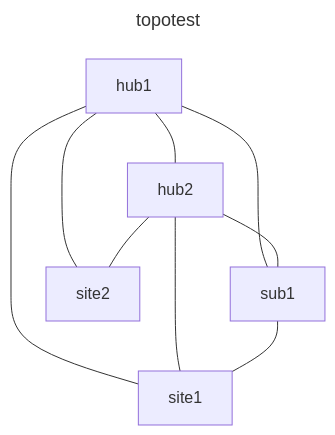
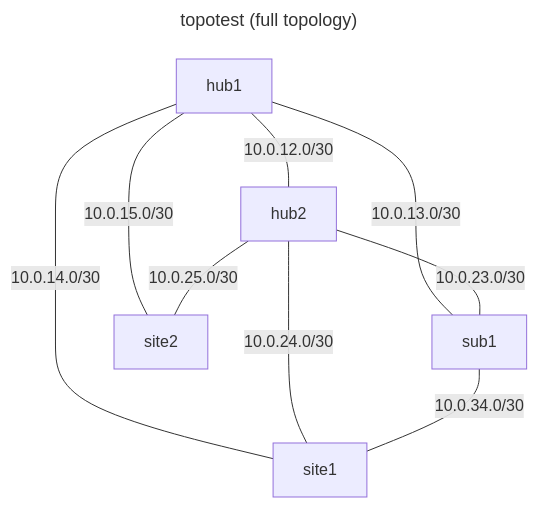
The first of 4 diagrams in README.md (mhuot/topotest), drawn with Mermaid before and after one commit. The commit also changed other lines of this file, not shown here.

First line of the commit message:
Update README with minimal topology diagrams and dynamic IP notes

````diff
--- a/README.md
+++ b/README.md
@@ -17,14 +17,14 @@
 ```mermaid
 ---
-title: topotest
+title: topotest (full topology)
 ---
 graph TD
-  hub1---hub2
-  hub1---sub1
-  hub1---site1
-  hub1---site2
-  hub2---sub1
-  hub2---site1
-  hub2---site2
-  sub1---site1
+  hub1 -- "10.0.12.0/30" --- hub2
+  hub1 -- "10.0.13.0/30" --- sub1
+  hub1 -- "10.0.14.0/30" --- site1
+  hub1 -- "10.0.15.0/30" --- site2
+  hub2 -- "10.0.23.0/30" --- sub1
+  hub2 -- "10.0.24.0/30" --- site1
+  hub2 -- "10.0.25.0/30" --- site2
+  sub1 -- "10.0.34.0/30" --- site1
 ```
````
